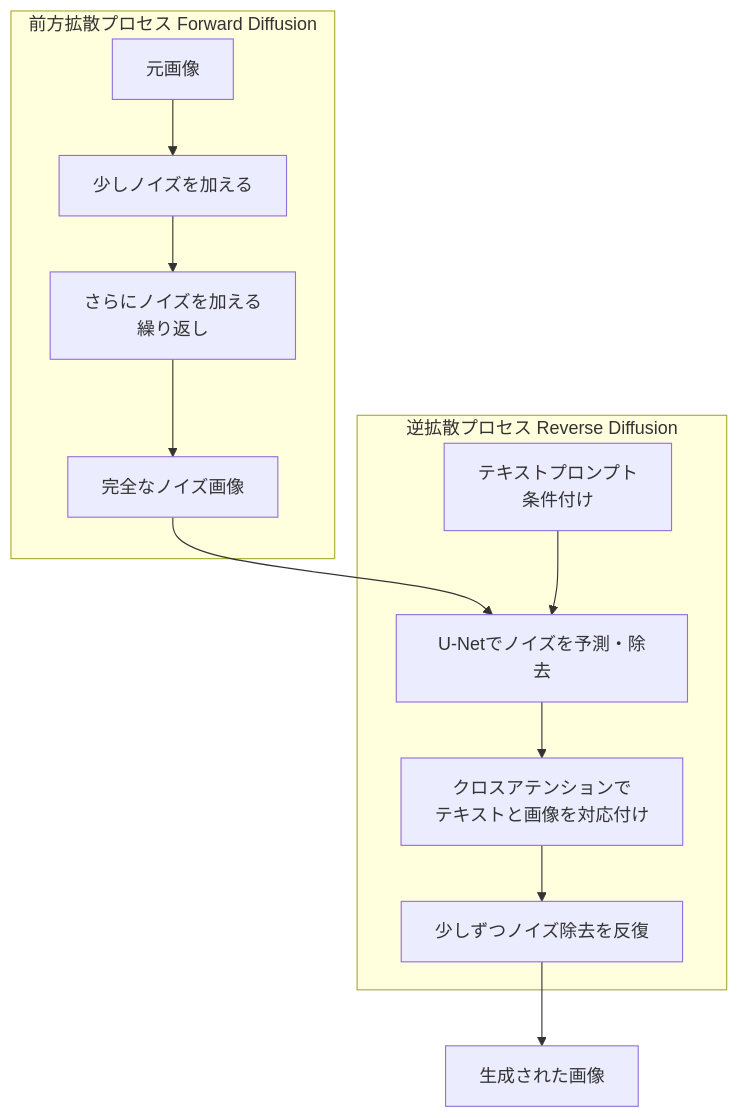
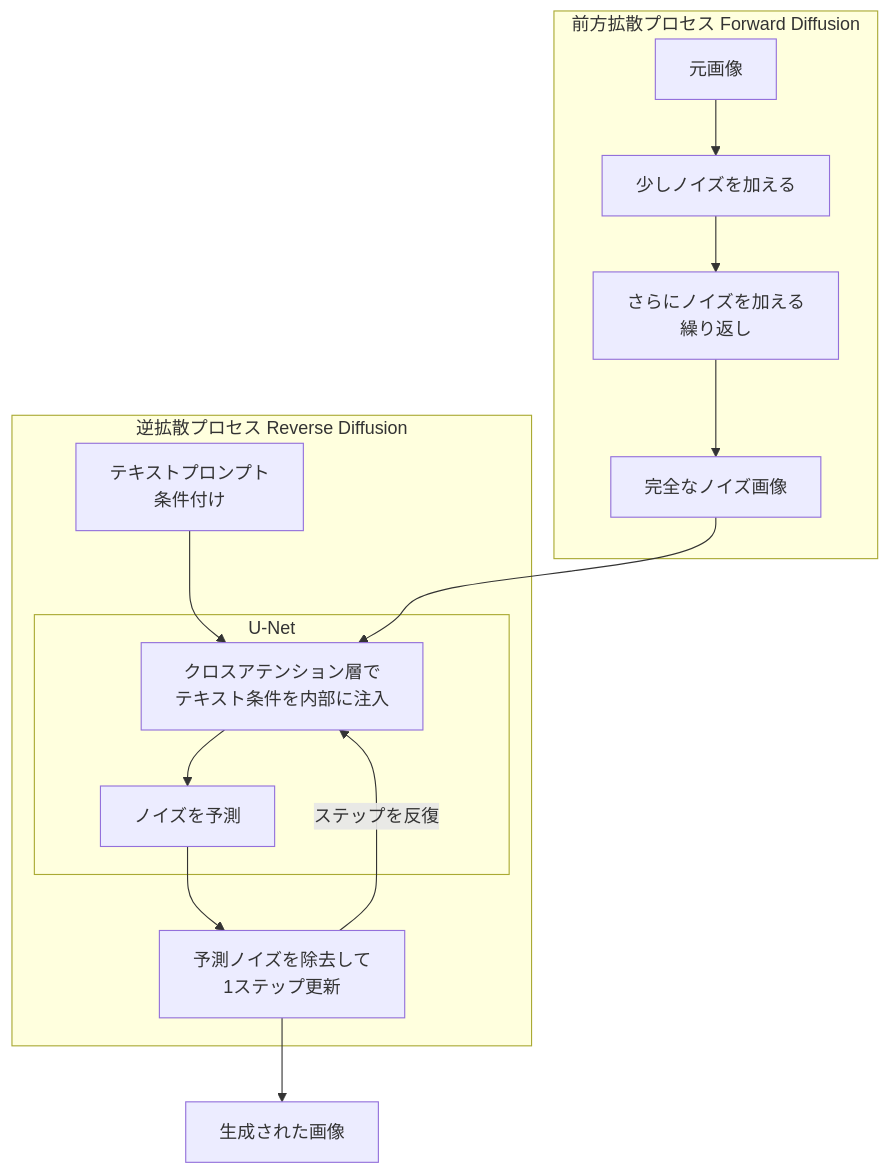
The eighth of 9 diagrams in Generative-ai-on-aws-guide.md (myoshi2891/Comparison-of-LLMs), drawn with Mermaid before and after one commit. The commit also changed other lines of this file, not shown here.

Commit message:
docs(generative-ai-aws): update Bedrock architecture diagram and clarify official source citations

````diff
--- a/Generative-ai-on-aws-guide.md
+++ b/Generative-ai-on-aws-guide.md
@@ -361,15 +361,18 @@
 ```mermaid
 flowchart TB
     subgraph FWD["前方拡散プロセス Forward Diffusion"]
         A["元画像"] --> B["少しノイズを加える"]
         B --> C["さらにノイズを加える<br/>繰り返し"]
         C --> D["完全なノイズ画像"]
     end
+    subgraph REV["逆拡散プロセス Reverse Diffusion"]
+        subgraph UNET["U-Net"]
+            F["クロスアテンション層で<br/>テキスト条件を内部に注入"] --> G["ノイズを予測"]
+        end
+        E["テキストプロンプト<br/>条件付け"] --> F
+        G --> H["予測ノイズを除去して<br/>1ステップ更新"]
+        H -->|ステップを反復| F
+    end
     D --> F
-    subgraph REV["逆拡散プロセス Reverse Diffusion"]
-        E["テキストプロンプト<br/>条件付け"] --> F["U-Netでノイズを予測・除去"]
-        F --> G["クロスアテンションで<br/>テキストと画像を対応付け"]
-        G --> H["少しずつノイズ除去を反復"]
-    end
     H --> I["生成された画像"]
 ```
````
